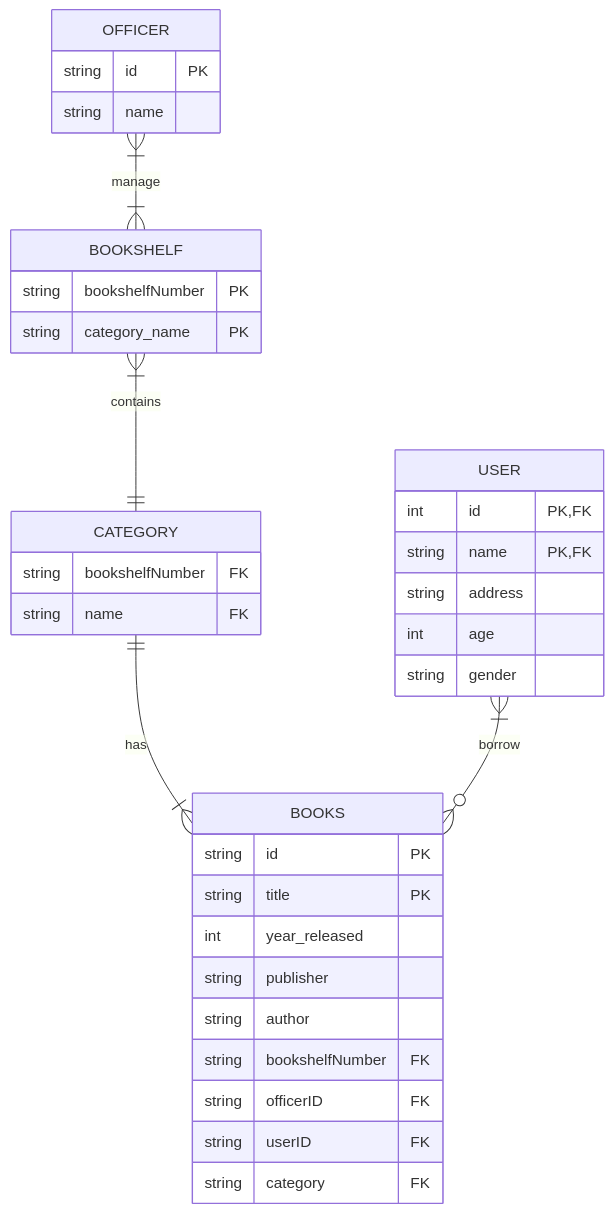
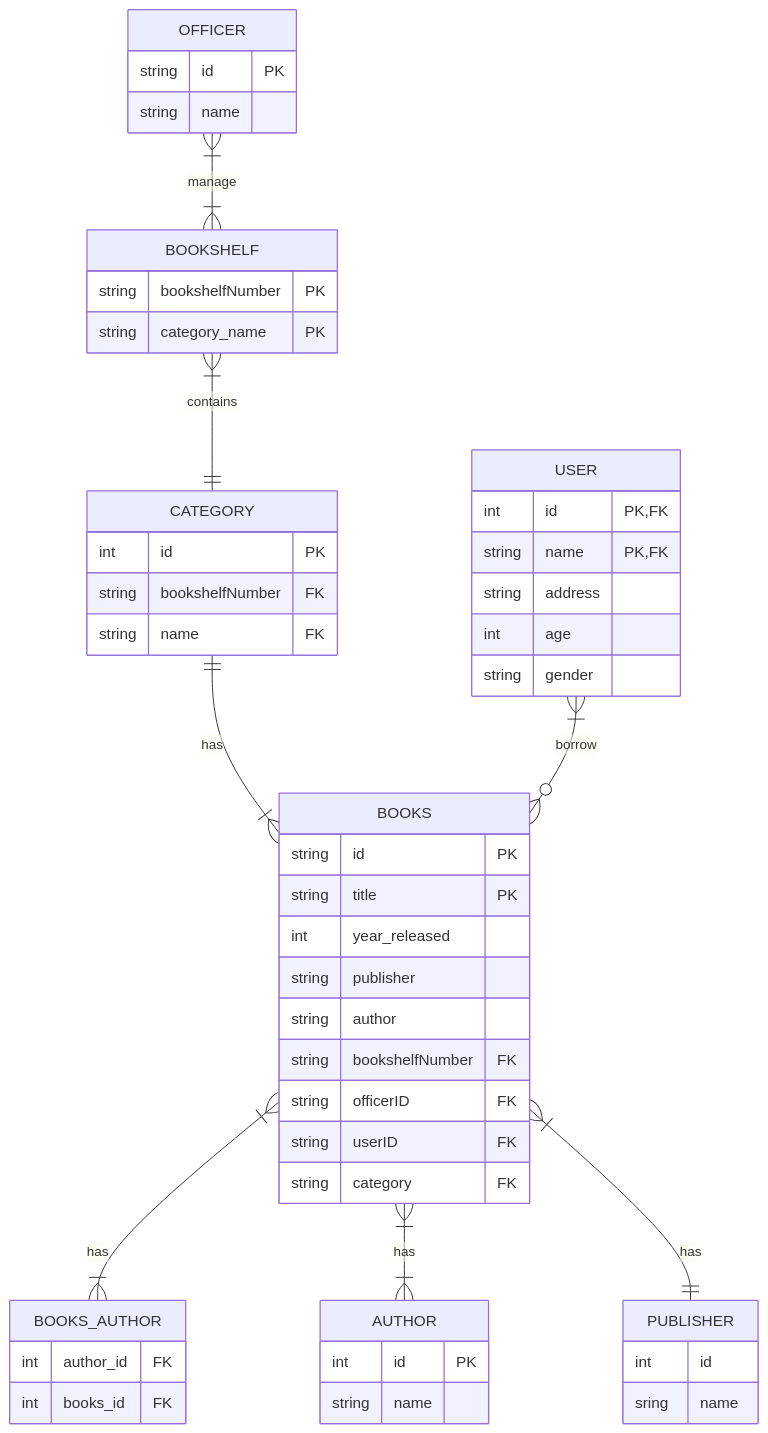
Before and after one commit to mslthn/koda-b6-db1: the diagram in README.md, drawn with Mermaid. The commit also changed other lines of this file and 1 other file, not shown here.

Commit message:
feat: updating library erd

````diff
--- a/README.md
+++ b/README.md
@@ -4,45 +4,63 @@
 ```mermaid
-
 erDiagram
     direction TB
     
     BOOKS {
         string id PK
         string title PK
         int year_released
         string publisher
         string author
         string bookshelfNumber FK
         string officerID FK
         string userID FK
         string category FK
     }
 
     CATEGORY {
+        int id PK
         string bookshelfNumber FK
         string name FK
     }
 
     BOOKSHELF {
         string bookshelfNumber PK
         string category_name PK
     }
 
-    OFFICER {
+    OFFICER {   
         string id PK
         string name
     }
 
     USER {
         int id PK, FK
         string name PK, FK
         string address
         int age
         string gender
     }
 
+    AUTHOR {
+        int id PK
+        string name
+    }
+
+    BOOKS_AUTHOR{
+        int author_id FK
+        int books_id FK
+    }
+
+    PUBLISHER {
+        int id
+        sring name
+    }
+
 CATEGORY ||--|{ BOOKS : has 
 BOOKSHELF }|--|| CATEGORY : contains
 OFFICER }|--|{ BOOKSHELF : manage
 USER }|--o{ BOOKS : borrow
+BOOKS }|--|{ BOOKS_AUTHOR :has
+BOOKS }|--|{ AUTHOR :has
+BOOKS }|--|| PUBLISHER :has
 ```
````
